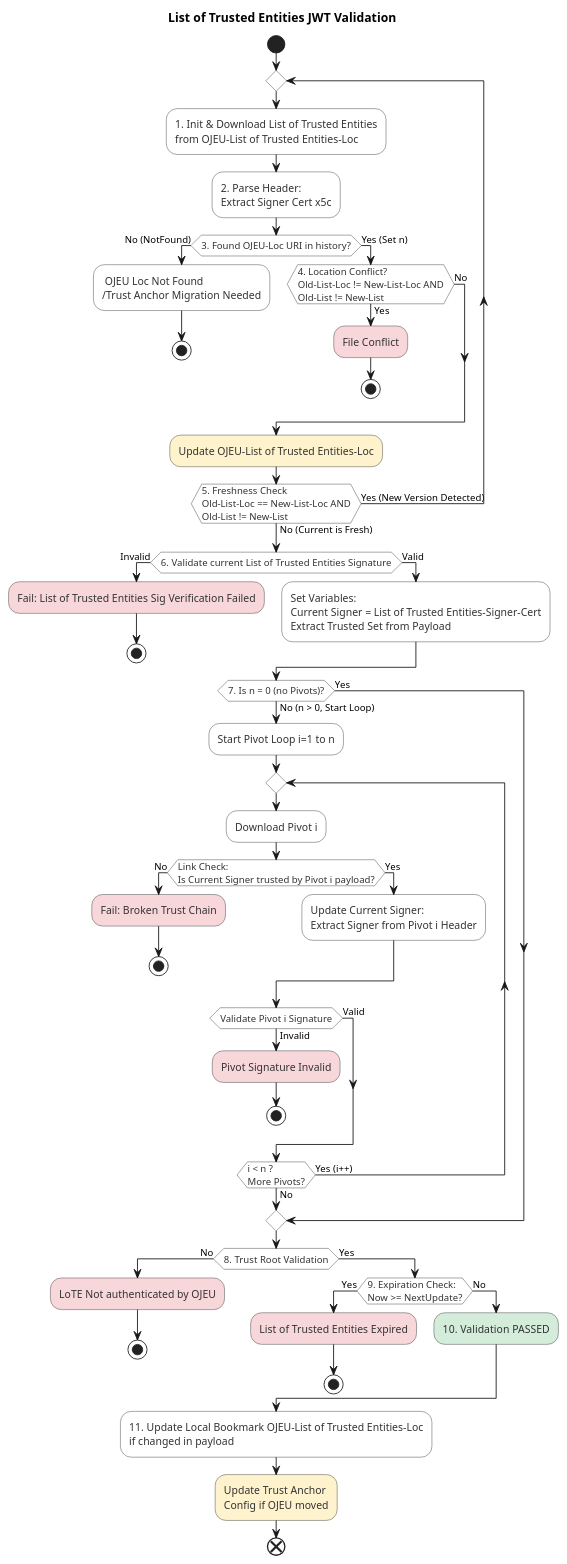
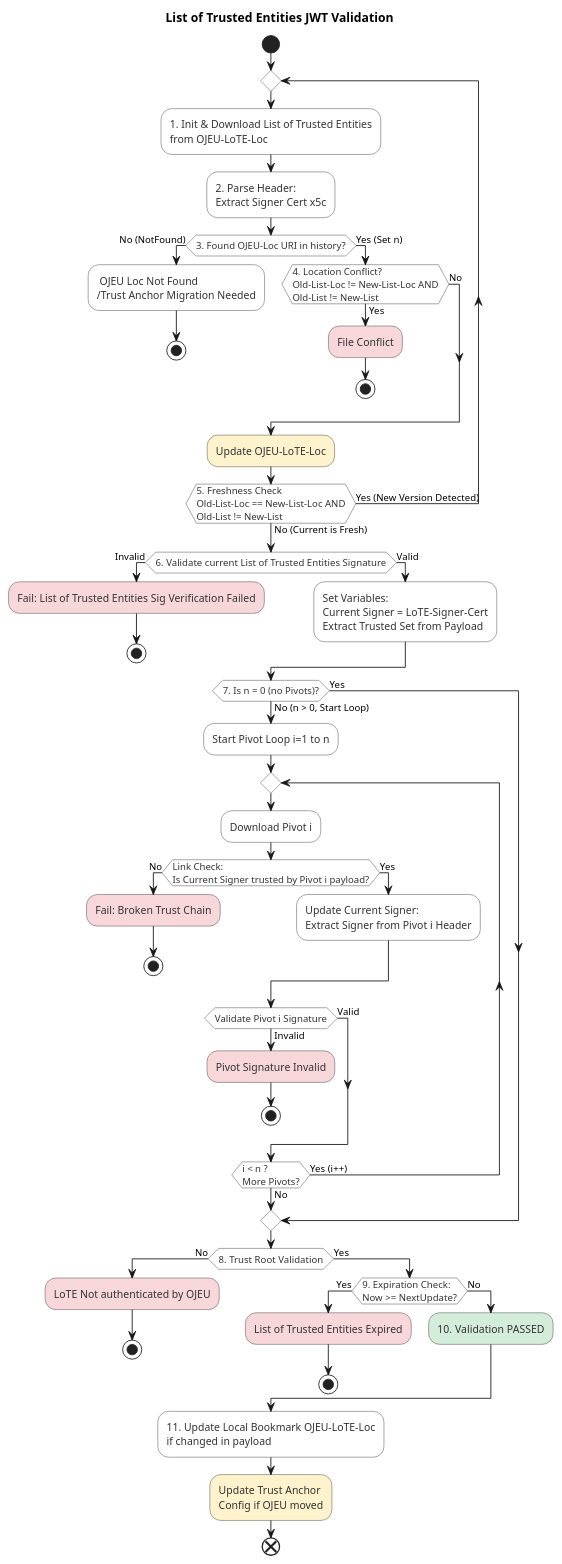
Before and after one commit to italia/eid-wallet-it-docs: the diagram in docs/en/plantuml/lote-val-alg.puml, drawn with PlantUML. The commit also changed 1 other file, not shown here.

Commit message:
fix: revised LoTE Validation Section + aligned terms in diagram

```diff
--- a/docs/en/plantuml/lote-val-alg.puml
+++ b/docs/en/plantuml/lote-val-alg.puml
@@ -1,83 +1,83 @@
 @startuml
 skinparam ActivityBackgroundColor #ffffff
 skinparam ActivityBorderColor #333333
 skinparam ActivityFontColor #333333
 
 skinparam ConditionBackgroundColor #e7f3fe
 skinparam ConditionBorderColor #0056b3
 skinparam ConditionFontColor #0056b3
 
 title List of Trusted Entities JWT Validation
 
 start
 
 repeat
-    :1. Init & Download List of Trusted Entities\nfrom OJEU-List of Trusted Entities-Loc;
+    :1. Init & Download List of Trusted Entities\nfrom OJEU-LoTE-Loc;
     
     :2. Parse Header:\nExtract Signer Cert x5c;
     
     if (3. Found OJEU-Loc URI in history?) then (No (NotFound))
         : OJEU Loc Not Found\n/Trust Anchor Migration Needed;
         stop
     else (Yes (Set n))
         if (4. Location Conflict?\nOld-List-Loc != New-List-Loc AND\nOld-List != New-List) then (Yes)
             #f8d7da:File Conflict;
             stop
         else (No)
             ' Freshness check acts as the loop gate
         endif
     endif
 
-#fff3cd:Update OJEU-List of Trusted Entities-Loc;
+#fff3cd:Update OJEU-LoTE-Loc;
 repeat while (5. Freshness Check\nOld-List-Loc == New-List-Loc AND\nOld-List != New-List) is (Yes (New Version Detected)) not (No (Current is Fresh))
 
 if (6. Validate current List of Trusted Entities Signature) then (Invalid)
     #f8d7da:Fail: List of Trusted Entities Sig Verification Failed;
     stop
 else (Valid)
-    :Set Variables:\nCurrent Signer = List of Trusted Entities-Signer-Cert\nExtract Trusted Set from Payload;
+    :Set Variables:\nCurrent Signer = LoTE-Signer-Cert\nExtract Trusted Set from Payload;
 endif
 
 if (7. Is n = 0 (no Pivots)?) then (No (n > 0, Start Loop))
     :Start Pivot Loop i=1 to n;
     
     repeat
         :Download Pivot i;
         
         if (Link Check:\nIs Current Signer trusted by Pivot i payload?) then (No)
             #f8d7da:Fail: Broken Trust Chain;
             stop
         else (Yes)
             :Update Current Signer:\nExtract Signer from Pivot i Header;
         endif
         
         if (Validate Pivot i Signature) then (Invalid)
             #f8d7da:Pivot Signature Invalid;
             stop
         else (Valid)
             ' Continue to loop condition
         endif
         
     repeat while (i < n ?\nMore Pivots?) is (Yes (i++)) not (No)
 else (Yes)
     ' Skip Pivot Validation Chain if n=0
 endif
 
 if (8. Trust Root Validation) then (No)
     #f8d7da:LoTE Not authenticated by OJEU;
     stop
 else (Yes)
     if (9. Expiration Check:\nNow >= NextUpdate?) then (Yes)
         #f8d7da:List of Trusted Entities Expired;
         stop
     else (No)
         #d4edda:10. Validation PASSED;
     endif
 endif
 
-:11. Update Local Bookmark OJEU-List of Trusted Entities-Loc\nif changed in payload;
+:11. Update Local Bookmark OJEU-LoTE-Loc\nif changed in payload;
 
 #fff3cd:Update Trust Anchor\nConfig if OJEU moved;
 
 end
 @enduml
```
